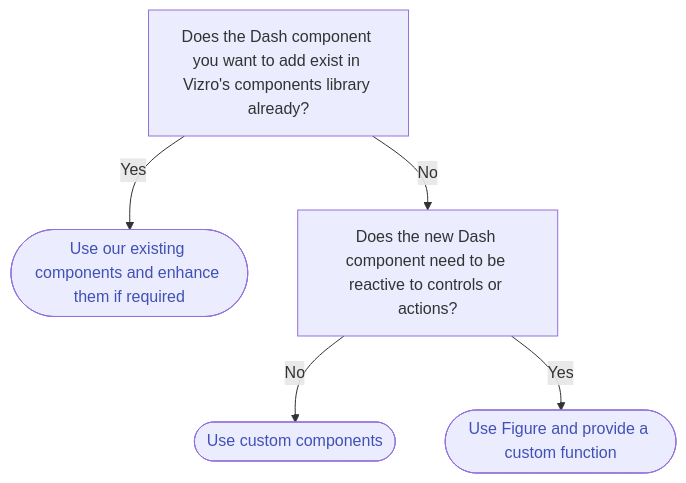
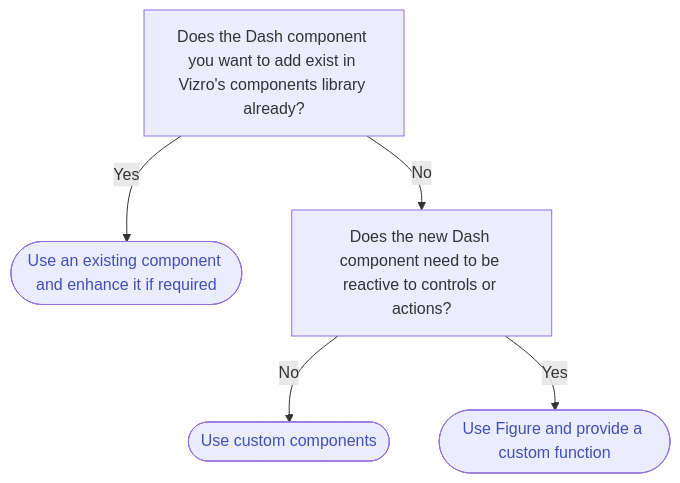
The diagram in vizro-core/docs/pages/user-guides/figure.md (mckinsey/vizro), drawn with Mermaid before and after one commit.

````diff
--- a/vizro-core/docs/pages/user-guides/figure.md
+++ b/vizro-core/docs/pages/user-guides/figure.md
@@ -13,19 +13,19 @@
 ``` mermaid
 graph TD
   first["`Does the Dash component you want to add exist in Vizro's components library already?`"]
-  extend-component([Use our existing components and enhance them if required])
+  extend-component([Use an existing component and enhance it if required])
   second["`Does the new Dash component need to be reactive to controls or actions?`"]
   second-static([Use custom components])
   second-reactive([Use Figure and provide a custom function])
 
   first -- Yes --> extend-component
   first -- No --> second
   second -- No --> second-static
   second -- Yes --> second-reactive
 
   click extend-component href "../custom-components/#extend-an-existing-component"
   click second-static href "../custom-components/#create-a-new-component"
   click second-reactive href "#how-to-use-figures"
 
   classDef clickable color:#4051b5;
 ```
````
